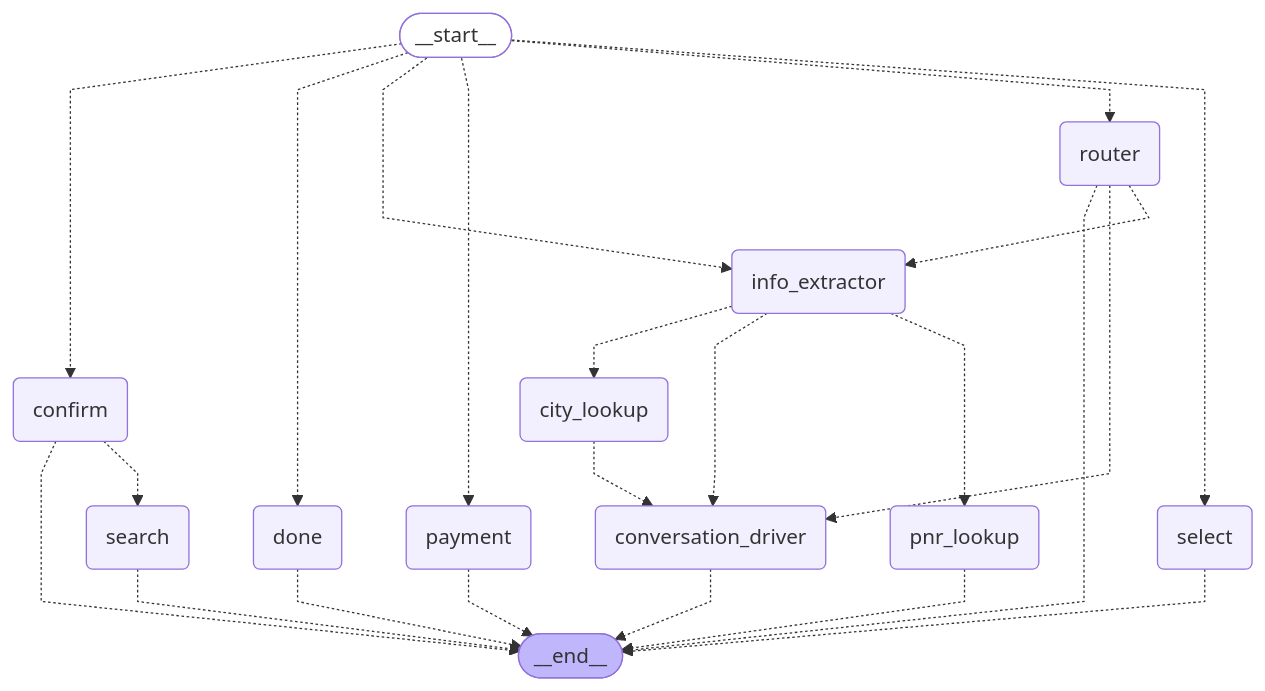
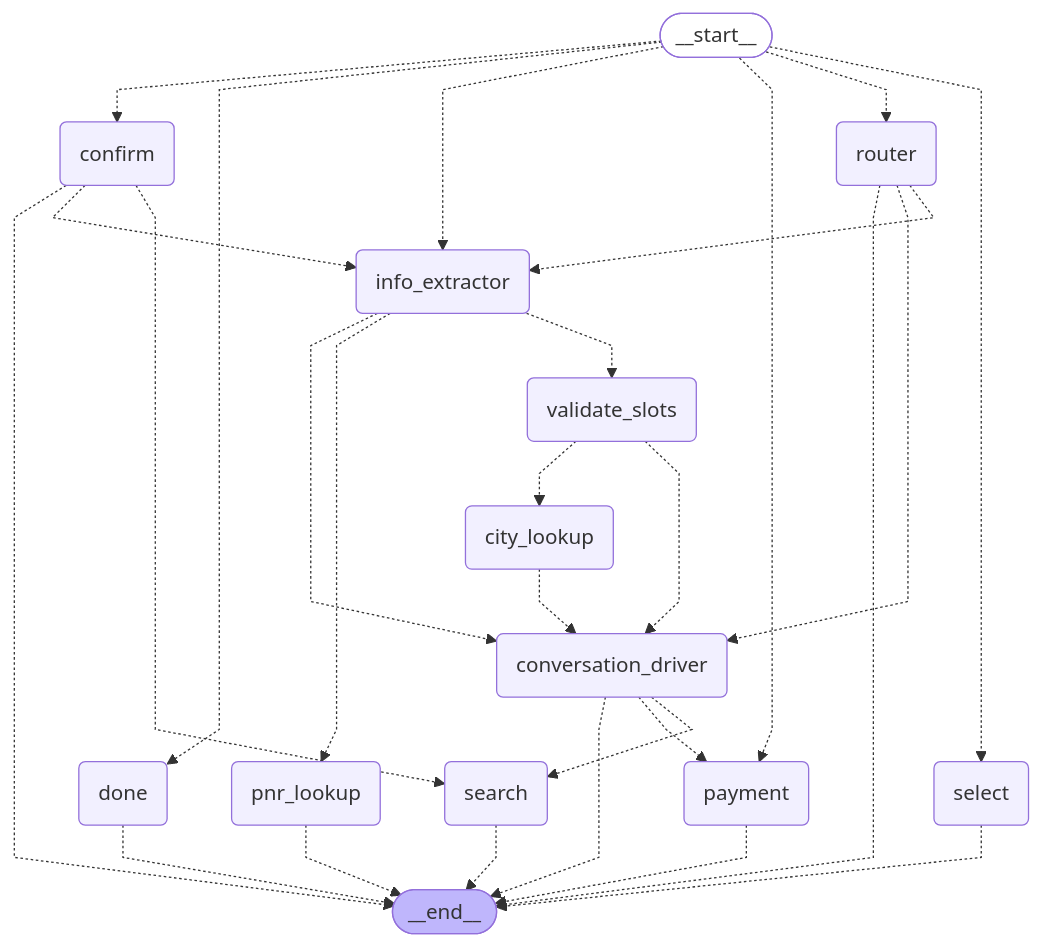
The diagram in advanced/flight-booking-assistant/graph_diagram.md (nagyist/agentic-ai-usecases), drawn with Mermaid before and after one commit. The commit also changed 12 other files, not shown here.

Commit message:
refactored graph.py

````diff
--- a/advanced/flight-booking-assistant/graph_diagram.md
+++ b/advanced/flight-booking-assistant/graph_diagram.md
@@ -3,45 +3,51 @@
 ```mermaid
 ---
 config:
   flowchart:
     curve: linear
 ---
 graph TD;
 	__start__([<p>__start__</p>]):::first
 	router(router)
 	info_extractor(info_extractor)
+	validate_slots(validate_slots)
 	city_lookup(city_lookup)
 	conversation_driver(conversation_driver)
 	confirm(confirm)
 	search(search)
 	select(select)
 	payment(payment)
 	pnr_lookup(pnr_lookup)
 	done(done)
 	__end__([<p>__end__</p>]):::last
 	__start__ -.-> confirm;
 	__start__ -.-> done;
 	__start__ -.-> info_extractor;
 	__start__ -.-> payment;
 	__start__ -.-> router;
 	__start__ -.-> select;
 	city_lookup -.-> conversation_driver;
 	confirm -.-> __end__;
+	confirm -.-> info_extractor;
 	confirm -.-> search;
 	conversation_driver -.-> __end__;
+	conversation_driver -.-> payment;
+	conversation_driver -.-> search;
 	done -.-> __end__;
-	info_extractor -.-> city_lookup;
 	info_extractor -.-> conversation_driver;
 	info_extractor -.-> pnr_lookup;
+	info_extractor -.-> validate_slots;
 	payment -.-> __end__;
 	pnr_lookup -.-> __end__;
 	router -.-> __end__;
 	router -.-> conversation_driver;
 	router -.-> info_extractor;
 	search -.-> __end__;
 	select -.-> __end__;
+	validate_slots -.-> city_lookup;
+	validate_slots -.-> conversation_driver;
 	classDef default fill:#f2f0ff,line-height:1.2
 	classDef first fill-opacity:0
 	classDef last fill:#bfb6fc
 
 ```
````
